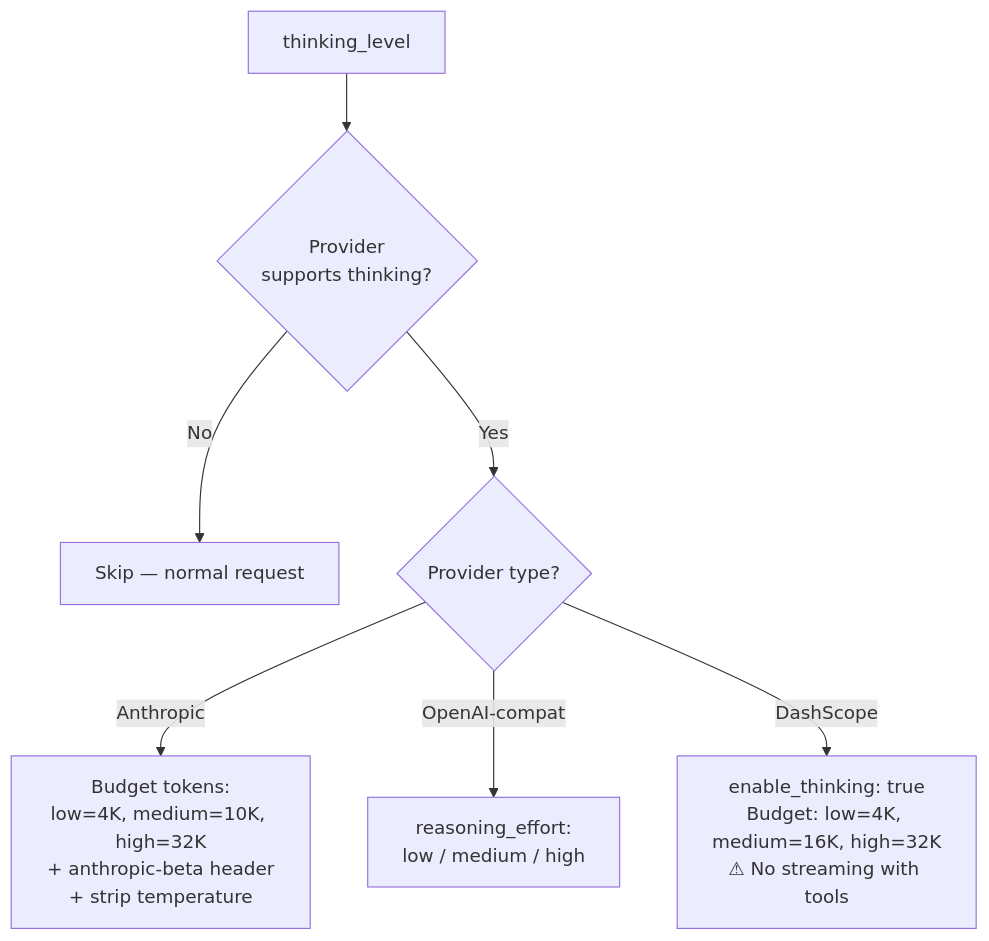
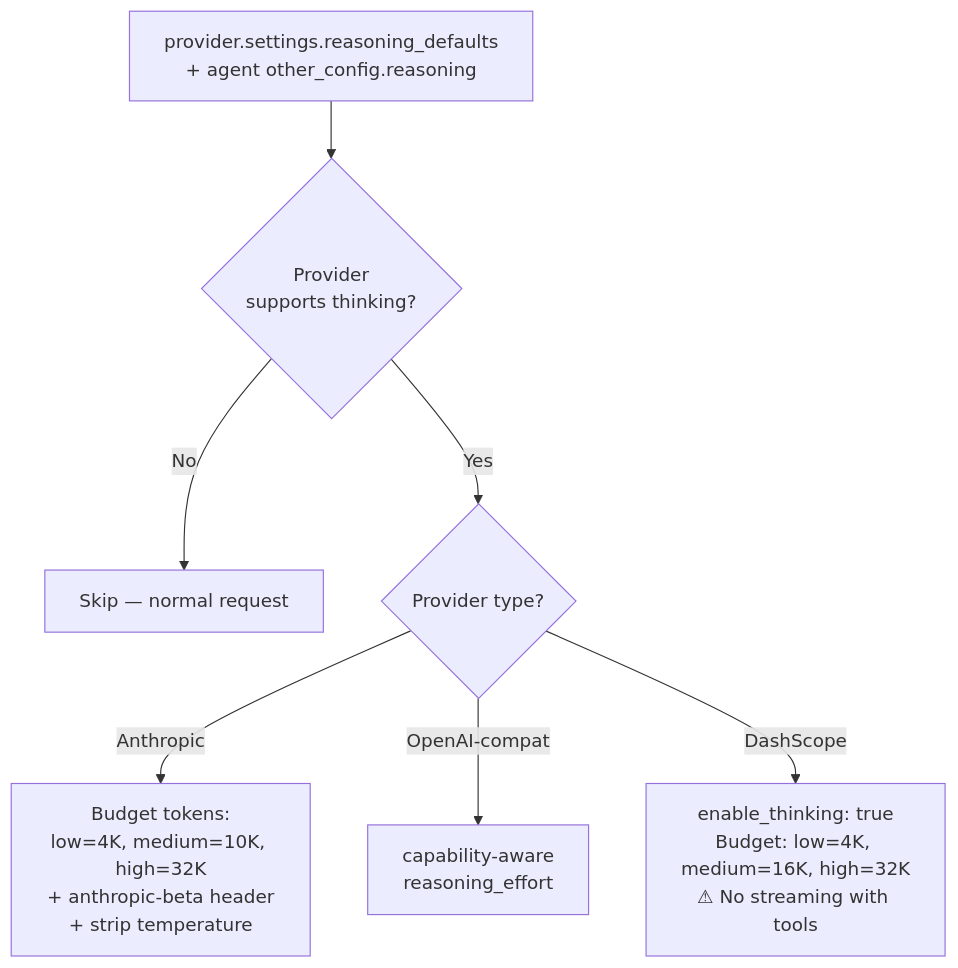
The seventh of 9 diagrams in docs/02-providers.md (qkhalk/goclaw), drawn with Mermaid before and after one commit. The commit also changed other lines of this file and 40 other files, not shown here.

First line of the commit message:
feat: add capability-aware reasoning effort controls (#593)

````diff
--- a/docs/02-providers.md
+++ b/docs/02-providers.md
@@ -278,10 +278,10 @@
 ```mermaid
 flowchart TD
-    LEVEL["thinking_level"] --> CHECK{"Provider<br/>supports thinking?"}
+    LEVEL["provider.settings.reasoning_defaults<br/>+ agent other_config.reasoning"] --> CHECK{"Provider<br/>supports thinking?"}
     CHECK -->|No| SKIP["Skip — normal request"]
     CHECK -->|Yes| TYPE{"Provider type?"}
 
     TYPE -->|Anthropic| ANTH["Budget tokens:<br/>low=4K, medium=10K, high=32K<br/>+ anthropic-beta header<br/>+ strip temperature"]
-    TYPE -->|OpenAI-compat| OAI["reasoning_effort:<br/>low / medium / high"]
+    TYPE -->|OpenAI-compat| OAI["capability-aware<br/>reasoning_effort"]
     TYPE -->|DashScope| DASH["enable_thinking: true<br/>Budget: low=4K, medium=16K, high=32K<br/>⚠ No streaming with tools"]
 ```
````
